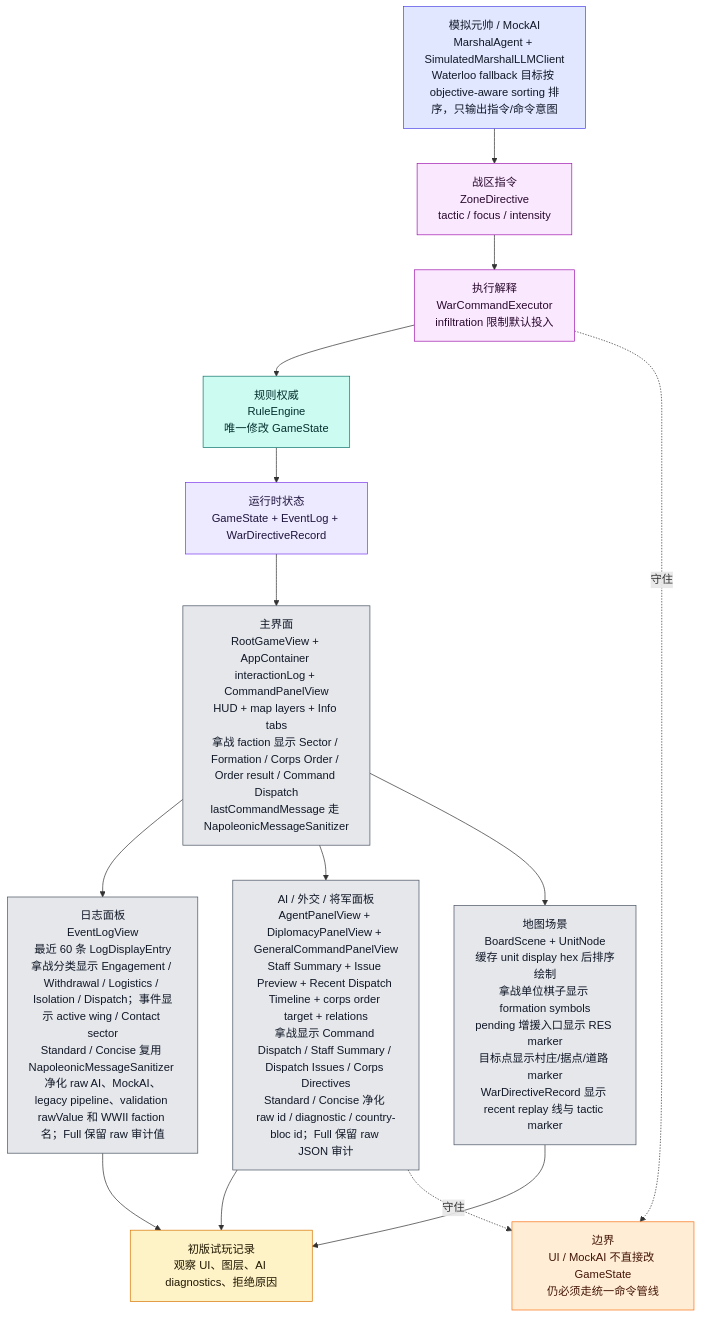
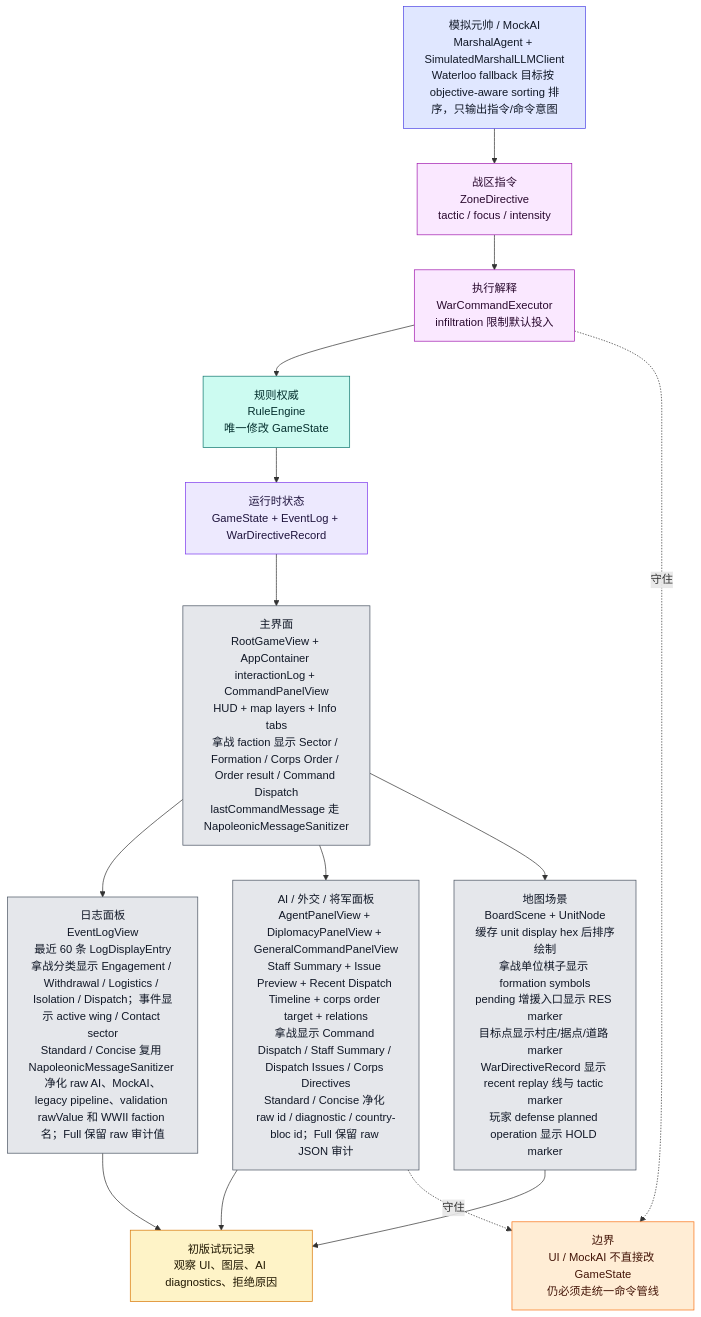
Before and after one commit to Altman-sam114/122: the eighth of 9 diagrams in md/flow/flowchart.md, drawn with Mermaid. The commit also changed other lines of this file and 8 other files, not shown here.

````diff
--- a/md/flow/flowchart.md
+++ b/md/flow/flowchart.md
@@ -430,34 +430,34 @@
 ```mermaid
 flowchart TD
     STATE["运行时状态<br/>GameState + EventLog + WarDirectiveRecord"]:::state
     ROOT["主界面<br/>RootGameView + AppContainer interactionLog + CommandPanelView<br/>HUD + map layers + Info tabs<br/>拿战 faction 显示 Sector / Formation / Corps Order / Order result / Command Dispatch<br/>lastCommandMessage 走 NapoleonicMessageSanitizer"]:::ui
     LOG["日志面板<br/>EventLogView<br/>最近 60 条 LogDisplayEntry<br/>拿战分类显示 Engagement / Withdrawal / Logistics / Isolation / Dispatch；事件显示 active wing / Contact sector<br/>Standard / Concise 复用 NapoleonicMessageSanitizer 净化 raw AI、MockAI、legacy pipeline、validation rawValue 和 WWII faction 名；Full 保留 raw 审计值"]:::ui
     AIUI["AI / 外交 / 将军面板<br/>AgentPanelView + DiplomacyPanelView + GeneralCommandPanelView<br/>Staff Summary + Issue Preview + Recent Dispatch Timeline + corps order target + relations<br/>拿战显示 Command Dispatch / Staff Summary / Dispatch Issues / Corps Directives<br/>Standard / Concise 净化 raw id / diagnostic / country-bloc id；Full 保留 raw JSON 审计"]:::ui
-    BOARD["地图场景<br/>BoardScene + UnitNode<br/>缓存 unit display hex 后排序绘制<br/>拿战单位棋子显示 formation symbols<br/>pending 增援入口显示 RES marker<br/>目标点显示村庄/据点/道路 marker<br/>WarDirectiveRecord 显示 recent replay 线与 tactic marker"]:::ui
+    BOARD["地图场景<br/>BoardScene + UnitNode<br/>缓存 unit display hex 后排序绘制<br/>拿战单位棋子显示 formation symbols<br/>pending 增援入口显示 RES marker<br/>目标点显示村庄/据点/道路 marker<br/>WarDirectiveRecord 显示 recent replay 线与 tactic marker<br/>玩家 defense planned operation 显示 HOLD marker"]:::ui
     MARSHAL["模拟元帅 / MockAI<br/>MarshalAgent + SimulatedMarshalLLMClient<br/>Waterloo fallback 目标按 objective-aware sorting 排序，只输出指令/命令意图"]:::ai
     ZD["战区指令<br/>ZoneDirective<br/>tactic / focus / intensity"]:::command
     WCE["执行解释<br/>WarCommandExecutor<br/>infiltration 限制默认投入"]:::command
     RULE["规则权威<br/>RuleEngine<br/>唯一修改 GameState"]:::rules
     PLAYTEST["初版试玩记录<br/>观察 UI、图层、AI diagnostics、拒绝原因"]:::doc
 
     STATE --> ROOT
     ROOT --> LOG
     ROOT --> AIUI
     ROOT --> BOARD
     MARSHAL --> ZD --> WCE --> RULE --> STATE
     AIUI --> PLAYTEST
     LOG --> PLAYTEST
     BOARD --> PLAYTEST
 
     WARN["边界<br/>UI / MockAI 不直接改 GameState<br/>仍必须走统一命令管线"]:::warn
     AIUI -.守住.-> WARN
     WCE -.守住.-> WARN
 
     classDef state fill:#ede9fe,stroke:#7c3aed,color:#1f143d
     classDef ui fill:#e5e7eb,stroke:#4b5563,color:#111827
     classDef ai fill:#e0e7ff,stroke:#4f46e5,color:#111827
     classDef command fill:#fae8ff,stroke:#a21caf,color:#2a0a2f
     classDef rules fill:#ccfbf1,stroke:#0f766e,color:#042f2e
     classDef doc fill:#fef3c7,stroke:#d97706,color:#1f1600
     classDef warn fill:#ffedd5,stroke:#f97316,color:#431407
 ```
````
